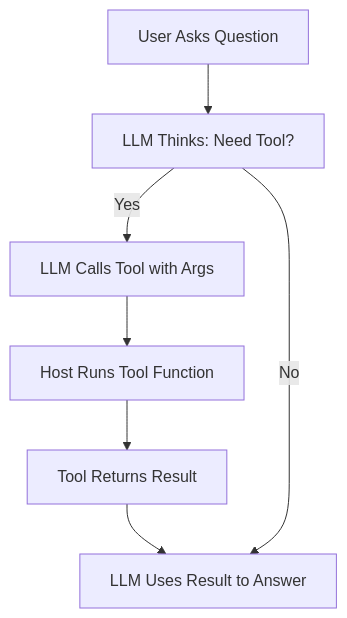
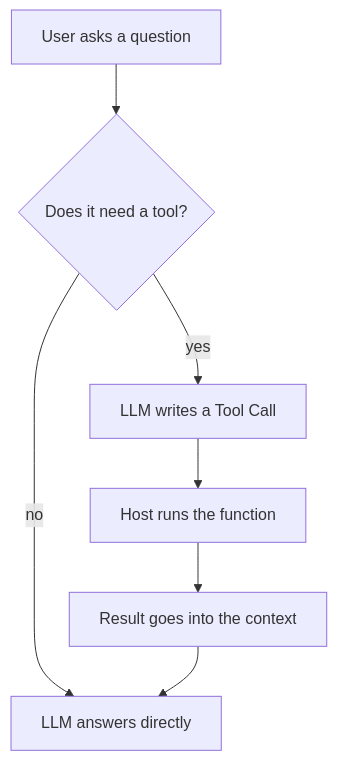
One commit to lokumai/ai-engineering-bazaar changed the first of 2 diagrams in mini-courses/1_fundamentals/4_tools.md. Above: the diagram before and after it, drawn with Mermaid. The commit also changed other lines of this file and 12 other files, not shown here.

````diff
--- a/mini-courses/1_fundamentals/4_tools.md
+++ b/mini-courses/1_fundamentals/4_tools.md
@@ -125,9 +246,9 @@
 ```mermaid
 graph TD
-    A[User Asks Question] --> B[LLM Thinks: Need Tool?]
-    B -->|Yes| C[LLM Calls Tool with Args]
-    C --> D[Host Runs Tool Function]
-    D --> E[Tool Returns Result]
-    E --> F[LLM Uses Result to Answer]
-    B -->|No| F
+    A["User asks a question"] --> B{"Does it need a tool?"}
+    B -->|no| F["LLM answers directly"]
+    B -->|yes| C["LLM writes a Tool Call"]
+    C --> D["Host runs the function"]
+    D --> E["Result goes into the context"]
+    E --> F
 ```
````
